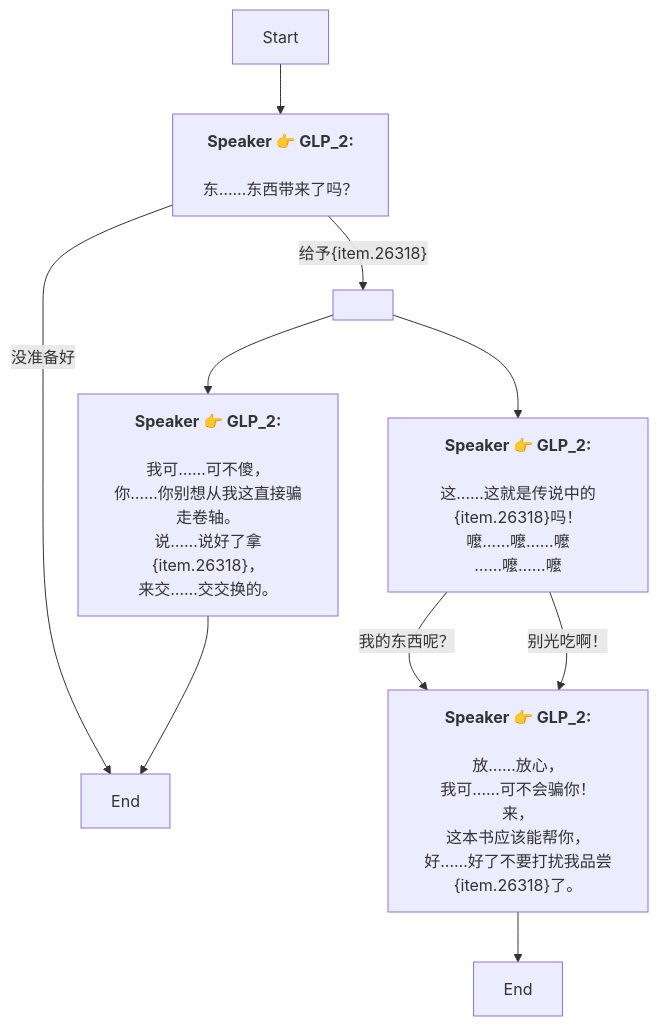
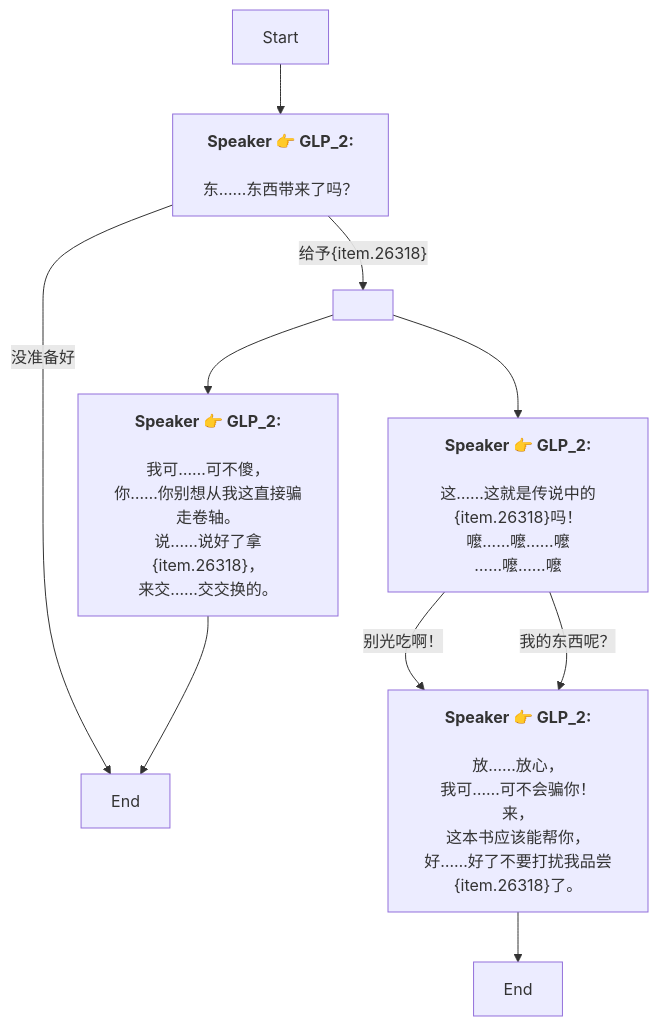
The diagram in Zh/QuestNPCDeliveryENode_1762067301250833.md (SoftHu/tos_avg), drawn with Mermaid before and after one commit. The commit also changed other lines of this file and 780 other files, not shown here.

````diff
--- a/Zh/QuestNPCDeliveryENode_1762067301250833.md
+++ b/Zh/QuestNPCDeliveryENode_1762067301250833.md
@@ -1,27 +1,27 @@
 ```mermaid
 graph
 Start -->1762069650172705[<b>Speaker 👉 GLP_2:</b>
 \n东……东西带来了吗？]
+1762069650172705 -->|没准备好|1762068838364960[End]
 1762069650172705 -->|给予&lbrace;item.26318&rbrace;|1762068673981213[ ]
-1762069650172705 -->|没准备好|1762068838364960[End]
-1762068673981213 -->1762067883431701[<b>Speaker 👉 GLP_2:</b>
-\n这……这就是传说中的&lbrace;item.26318&rbrace;吗！\n嚒……嚒……嚒
-……嚒……嚒]
 1762068673981213 -->1762068724088607[<b>Speaker 👉 GLP_2:</b>
 \n我可……可不傻，
 你……你别想从我这直接骗走卷轴。\n说……说好了拿&lbrace;item.26318&rbrace;，
 来交……交交换的。]
-1762067883431701 -->|我的东西呢？|1762068295738139[<b>Speaker 👉 GLP_2:</b>
+1762068673981213 -->1762067883431701[<b>Speaker 👉 GLP_2:</b>
+\n这……这就是传说中的&lbrace;item.26318&rbrace;吗！\n嚒……嚒……嚒
+……嚒……嚒]
+1762067883431701 -->|别光吃啊！|1762068295738139[<b>Speaker 👉 GLP_2:</b>
 \n放……放心，
 我可……可不会骗你！\n来，
 这本书应该能帮你，
 好……好了不要打扰我品尝&lbrace;item.26318&rbrace;了。]
-1762067883431701 -->|别光吃啊！|1762068295738139[<b>Speaker 👉 GLP_2:</b>
+1762067883431701 -->|我的东西呢？|1762068295738139[<b>Speaker 👉 GLP_2:</b>
 \n放……放心，
 我可……可不会骗你！\n来，
 这本书应该能帮你，
 好……好了不要打扰我品尝&lbrace;item.26318&rbrace;了。]
 1762068295738139 -->1762068710496030[End]
 1762068724088607 -->1762068838364960[End]
 
 ```
````
